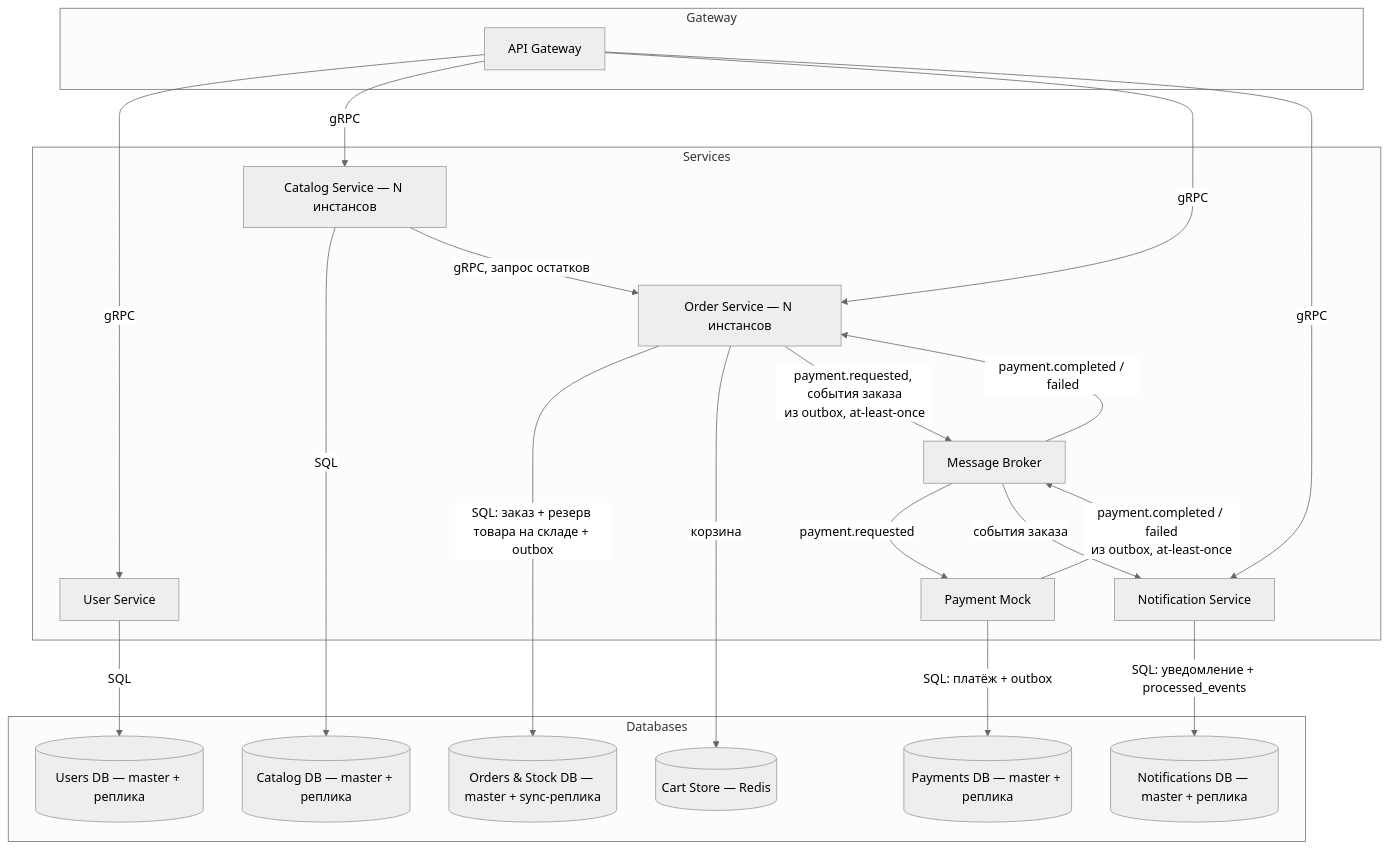
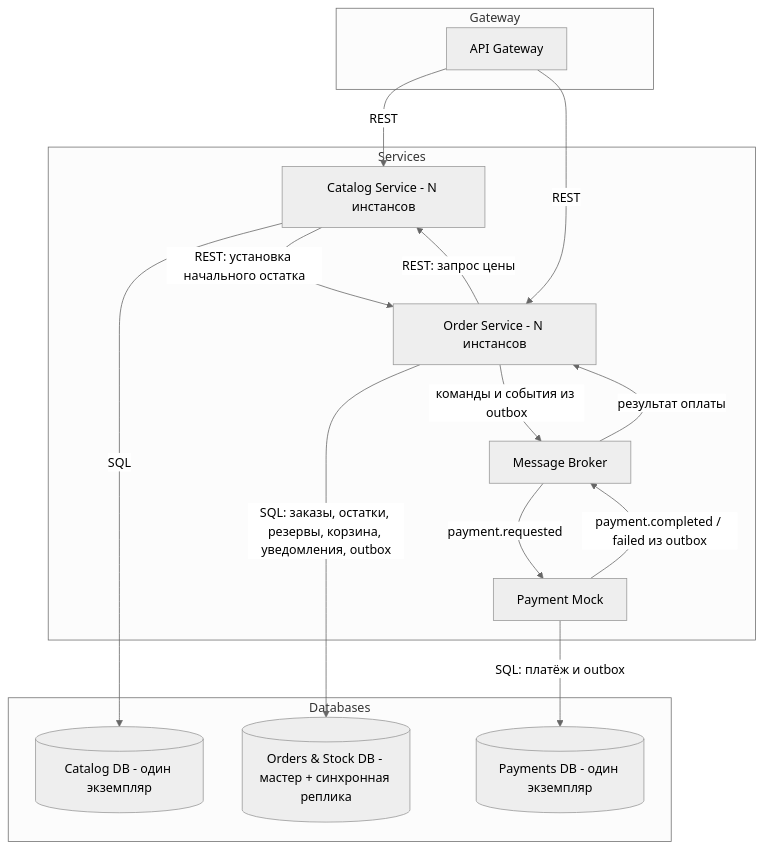
Before and after one commit to spbu-ds-practicum-2026/good_question: the first of 10 diagrams in docs/tr.md, drawn with Mermaid (neutral theme). The commit also changed other lines of this file, not shown here.

````diff
--- a/docs/tr.md
+++ b/docs/tr.md
@@ -135,39 +156,36 @@
 ```mermaid
 graph TD
   subgraph Gateway
     APIGateway[API Gateway]
   end
+
   subgraph Services
-    UserSvc[User Service]
-    Catalog[Catalog Service — N инстансов]
-    Order[Order Service — N инстансов]
+    Catalog[Catalog Service - N инстансов]
+    Order[Order Service - N инстансов]
     Payment[Payment Mock]
-    Notify[Notification Service]
     Broker[Message Broker]
   end
+
   subgraph Databases
-    UsersDB[(Users DB — master + реплика)]
-    CatalogDB[(Catalog DB — master + реплика)]
-    OrdersDB[(Orders & Stock DB — master + sync-реплика)]
-    PaymentsDB[(Payments DB — master + реплика)]
-    NotifyDB[(Notifications DB — master + реплика)]
-    Cart[(Cart Store — Redis)]
+    CatalogDB[(Catalog DB - один экземпляр)]
+    OrdersDB[(Orders & Stock DB - мастер + синхронная реплика)]
+    PaymentsDB[(Payments DB - один экземпляр)]
   end
 
-  APIGateway-->|gRPC|UserSvc
-  APIGateway-->|gRPC|Catalog
-  APIGateway-->|gRPC|Order
-  APIGateway-->|gRPC|Notify
-  UserSvc-->|SQL|UsersDB
-  Catalog-->|SQL|CatalogDB
-  Catalog-->|gRPC, запрос остатков|Order
-  Order-->|SQL: заказ + резерв товара на складе + outbox|OrdersDB
-  Order-->|корзина|Cart
-  Order-->|payment.requested, события заказа<br/>из outbox, at-least-once|Broker
-  Broker-->|payment.requested|Payment
-  Payment-->|SQL: платёж + outbox|PaymentsDB
-  Payment-->|payment.completed / failed<br/>из outbox, at-least-once|Broker
-  Broker-->|payment.completed / failed|Order
-  Broker-->|события заказа|Notify
-  Notify-->|SQL: уведомление + processed_events|NotifyDB
+  APIGateway -->|REST| Catalog
+  APIGateway -->|REST| Order
+
+  Catalog -->|SQL| CatalogDB
+  Order -->|SQL: заказы, остатки, резервы, корзина, уведомления, outbox| OrdersDB
+
+  Order -->|REST: запрос цены| Catalog
+  Catalog -->|REST: установка начального остатка| Order
+
+  Order -->|команды и события из outbox| Broker
+  Broker -->|payment.requested| Payment
+
+  Payment -->|SQL: платёж и outbox| PaymentsDB
+  Payment -->|payment.completed / failed из outbox| Broker
+
+  Broker -->|результат оплаты| Order
 ```
````
